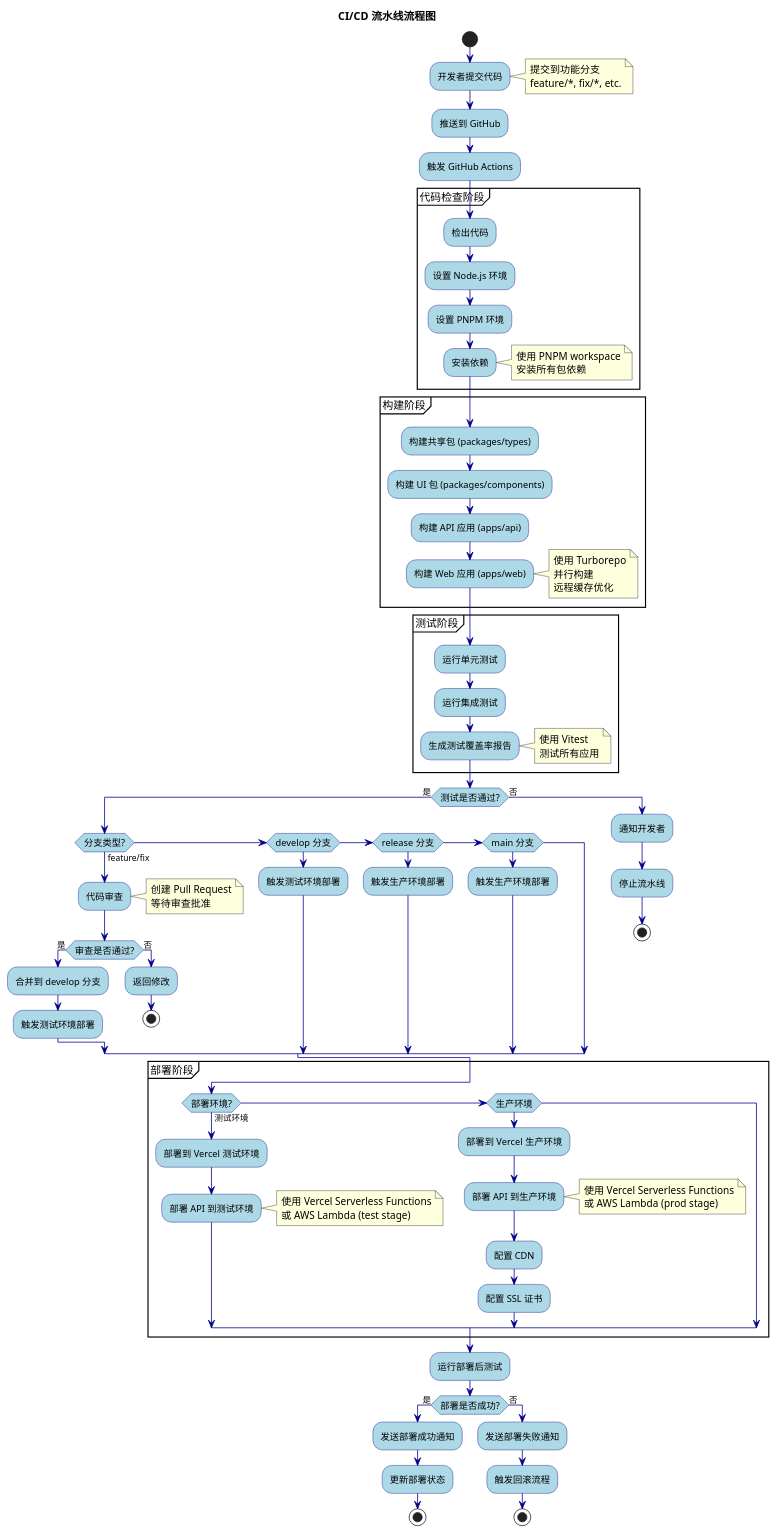
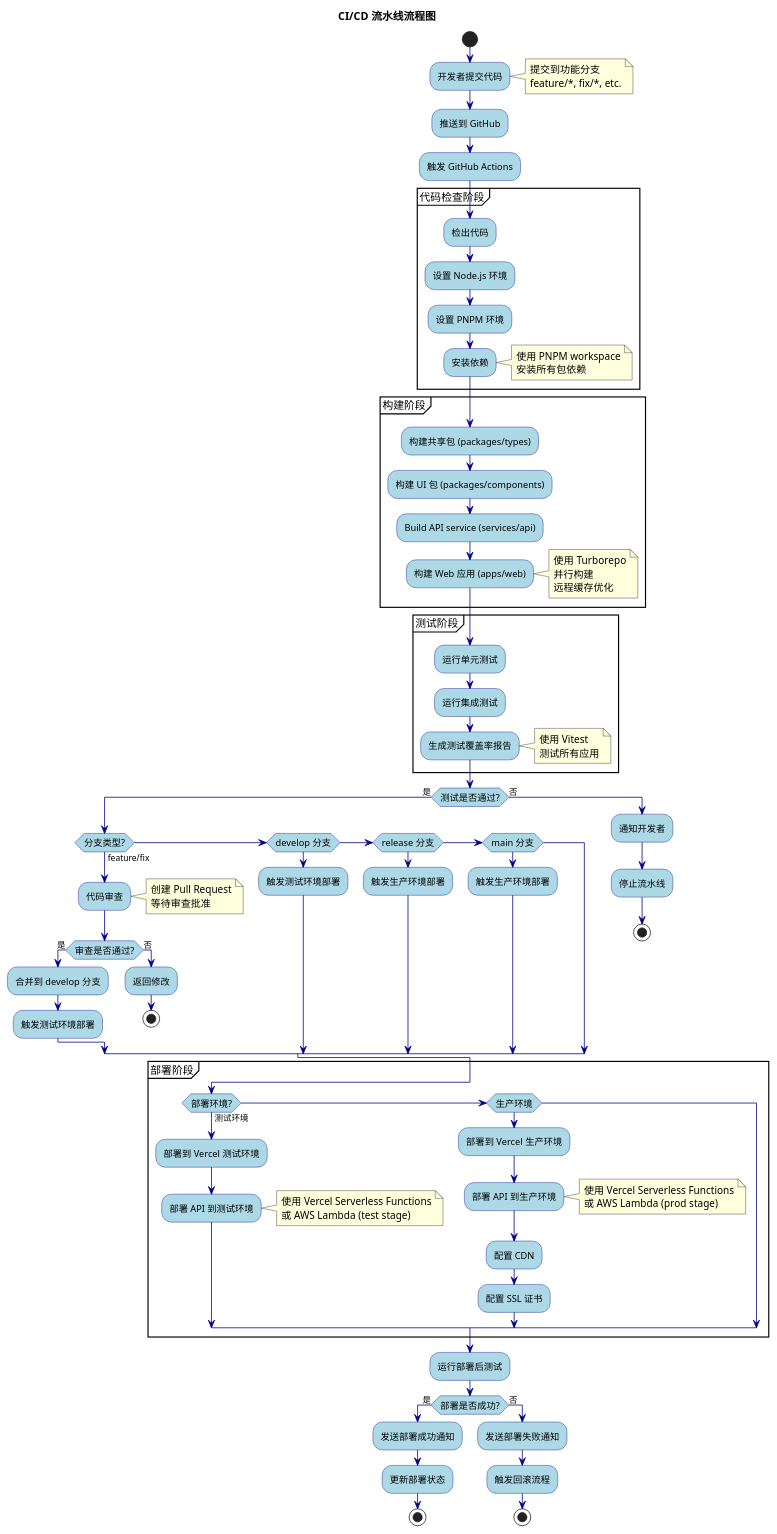
One commit to felixzhu97/shopping-system changed the diagram in docs/devops/cicd-pipeline.puml. Above: the diagram before and after it, drawn with PlantUML. The commit also changed 184 other files, not shown here.

First line of the commit message:
chore: restructure project to use services directory for API

```diff
--- a/docs/devops/cicd-pipeline.puml
+++ b/docs/devops/cicd-pipeline.puml
@@ -1,118 +1,118 @@
 @startuml
 title CI/CD 流水线流程图
 
 skinparam activity {
     BackgroundColor lightblue
     BorderColor darkblue
     FontSize 12
 }
 
 skinparam arrow {
     Color darkblue
 }
 
 start
 
 :开发者提交代码;
 note right
   提交到功能分支
   feature/*, fix/*, etc.
 end note
 
 :推送到 GitHub;
 
 :触发 GitHub Actions;
 
 partition "代码检查阶段" {
     :检出代码;
     :设置 Node.js 环境;
     :设置 PNPM 环境;
     :安装依赖;
     note right
       使用 PNPM workspace
       安装所有包依赖
     end note
 }
 
 partition "构建阶段" {
     :构建共享包 (packages/types);
     :构建 UI 包 (packages/components);
-    :构建 API 应用 (apps/api);
+    :Build API service (services/api);
     :构建 Web 应用 (apps/web);
     note right
       使用 Turborepo
       并行构建
       远程缓存优化
     end note
 }
 
 partition "测试阶段" {
     :运行单元测试;
     :运行集成测试;
     :生成测试覆盖率报告;
     note right
       使用 Vitest
       测试所有应用
     end note
 }
 
 if (测试是否通过?) then (是)
     if (分支类型?) then (feature/fix)
         :代码审查;
         note right
           创建 Pull Request
           等待审查批准
         end note
         if (审查是否通过?) then (是)
             :合并到 develop 分支;
             :触发测试环境部署;
         else (否)
             :返回修改;
             stop
         endif
     elseif (develop 分支) then
         :触发测试环境部署;
     elseif (release 分支) then
         :触发生产环境部署;
     elseif (main 分支) then
         :触发生产环境部署;
     endif
 else (否)
     :通知开发者;
     :停止流水线;
     stop
 endif
 
 partition "部署阶段" {
     if (部署环境?) then (测试环境)
         :部署到 Vercel 测试环境;
         :部署 API 到测试环境;
         note right
           使用 Vercel Serverless Functions
           或 AWS Lambda (test stage)
         end note
     elseif (生产环境) then
         :部署到 Vercel 生产环境;
         :部署 API 到生产环境;
         note right
           使用 Vercel Serverless Functions
           或 AWS Lambda (prod stage)
         end note
         :配置 CDN;
         :配置 SSL 证书;
     endif
 }
 
 :运行部署后测试;
 
 if (部署是否成功?) then (是)
     :发送部署成功通知;
     :更新部署状态;
     stop
 else (否)
     :发送部署失败通知;
     :触发回滚流程;
     stop
 endif
 
 @enduml
```
